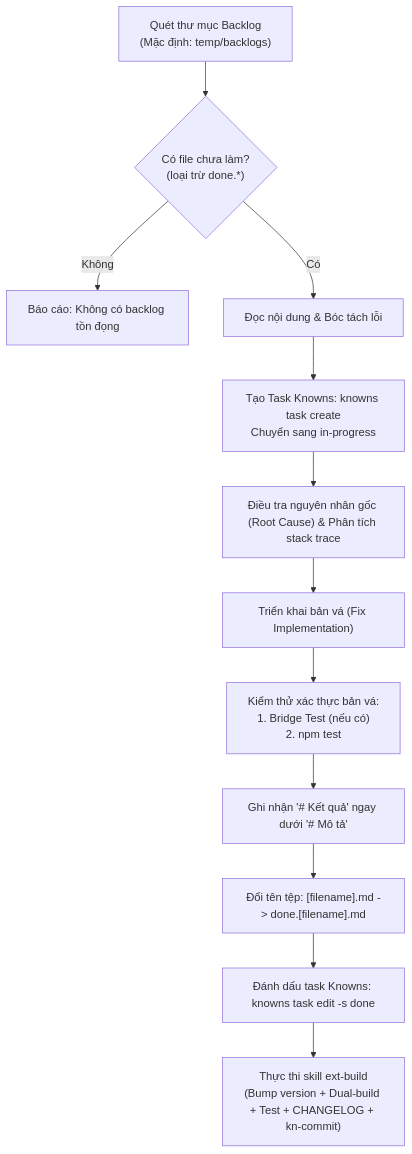
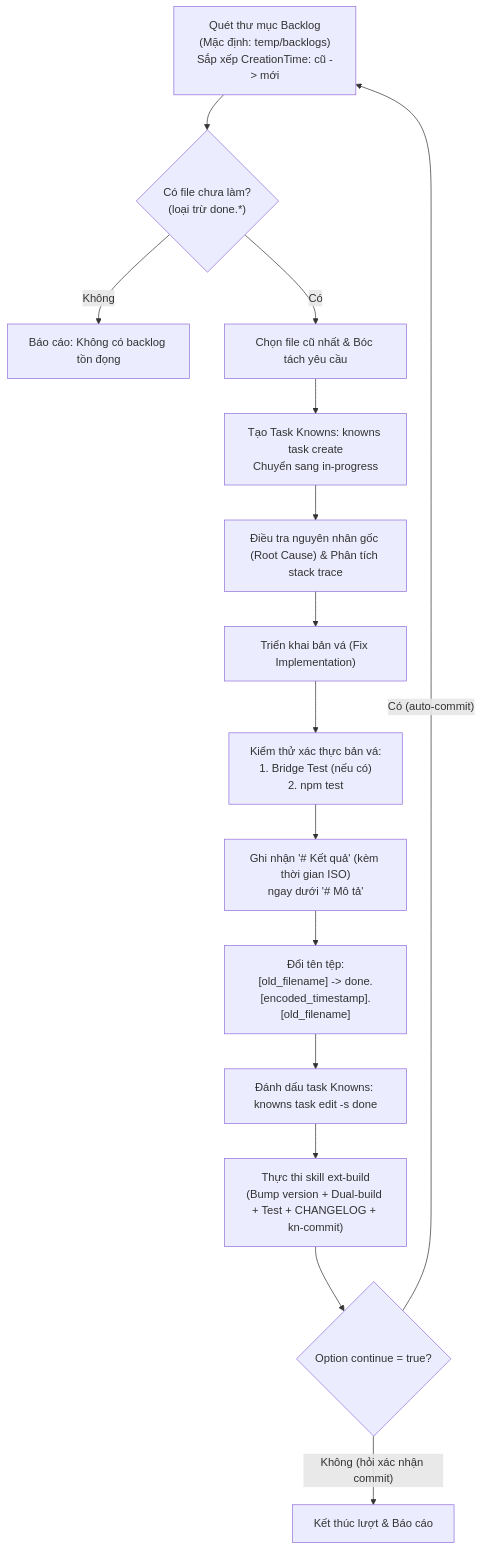
Before and after one commit to vplghost/VPL-HWA-Ext: the diagram in .agents/skills/ext-backlog/SKILL.md, drawn with Mermaid. The commit also changed other lines of this file and 7 other files, not shown here.

Commit message:
chore(skills): update ext-backlog with inverted base36 naming, ISO timestamp, oldest-first order, and continue mode (v0.11.240)

````diff
--- a/.agents/skills/ext-backlog/SKILL.md
+++ b/.agents/skills/ext-backlog/SKILL.md
@@ -10,16 +10,19 @@
 ```mermaid
 flowchart TD
-    A["Quét thư mục Backlog<br/>(Mặc định: temp/backlogs)"] --> B{"Có file chưa làm?<br/>(loại trừ done.*)"}
+    A["Quét thư mục Backlog<br/>(Mặc định: temp/backlogs)<br/>Sắp xếp CreationTime: cũ -> mới"] --> B{"Có file chưa làm?<br/>(loại trừ done.*)"}
     B -- "Không" --> C["Báo cáo: Không có backlog tồn đọng"]
-    B -- "Có" --> D["Đọc nội dung & Bóc tách lỗi"]
+    B -- "Có" --> D["Chọn file cũ nhất & Bóc tách yêu cầu"]
     
     D --> E["Tạo Task Knowns: knowns task create<br/>Chuyển sang in-progress"]
     E --> F["Điều tra nguyên nhân gốc (Root Cause) & Phân tích stack trace"]
     F --> G["Triển khai bản vá (Fix Implementation)"]
     G --> H["Kiểm thử xác thực bản vá:<br/>1. Bridge Test (nếu có)<br/>2. npm test"]
     
-    H --> I["Ghi nhận '# Kết quả' ngay dưới '# Mô tả'"]
-    I --> J["Đổi tên tệp: [filename].md -> done.[filename].md"]
+    H --> I["Ghi nhận '# Kết quả' (kèm thời gian ISO)<br/>ngay dưới '# Mô tả'"]
+    I --> J["Đổi tên tệp:<br/>[old_filename] -> done.[encoded_timestamp].[old_filename]"]
     J --> K["Đánh dấu task Knowns: knowns task edit -s done"]
     K --> L["Thực thi skill ext-build<br/>(Bump version + Dual-build + Test + CHANGELOG + kn-commit)"]
+    L --> M{"Option continue = true?"}
+    M -- "Có (auto-commit)" --> A
+    M -- "Không (hỏi xác nhận commit)" --> N["Kết thúc lượt & Báo cáo"]
 ```
````
